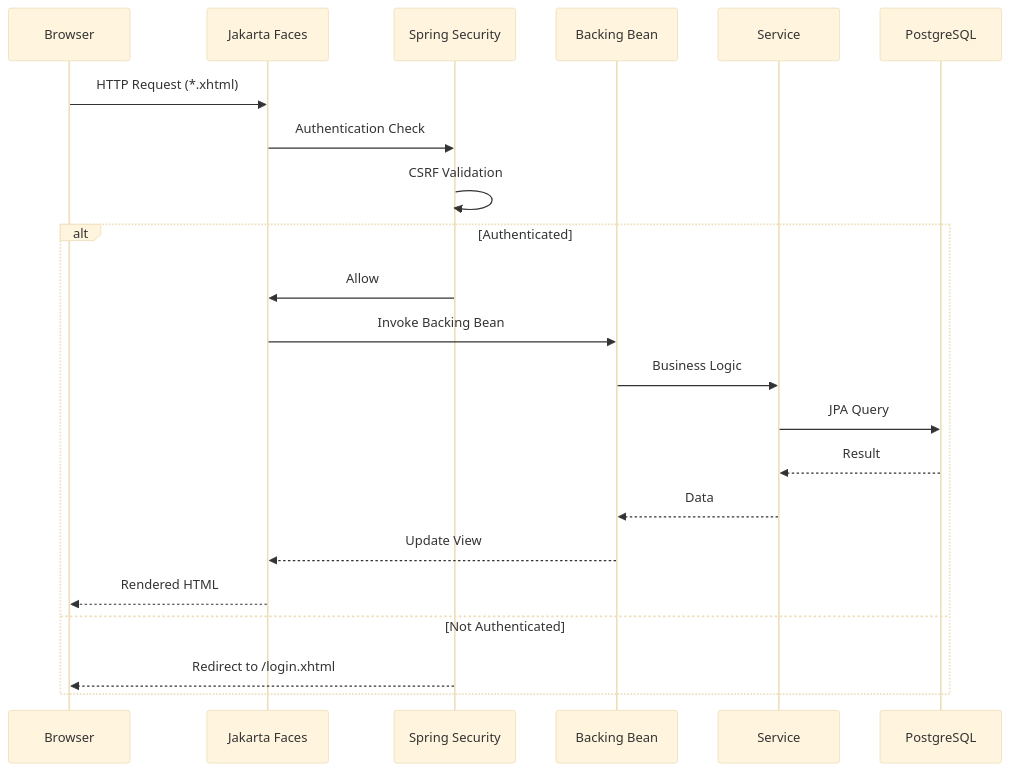
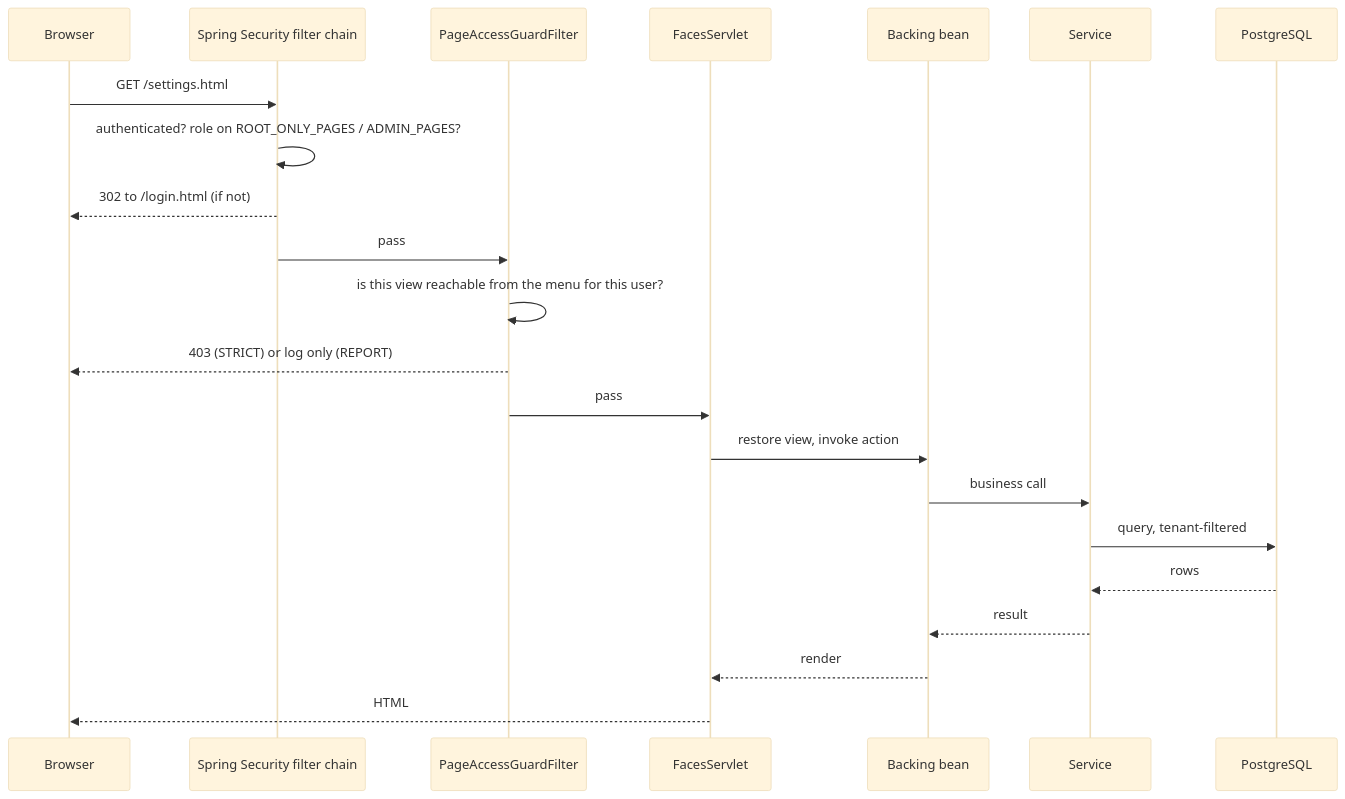
The second of 6 diagrams in docs/ARCHITECTURE.md (Plaintext-Gmbh/plaintext-root), drawn with Mermaid (base theme) before and after one commit. The commit also changed other lines of this file and 636 other files, not shown here.

````diff
--- a/docs/ARCHITECTURE.md
+++ b/docs/ARCHITECTURE.md
@@ -103,26 +79,25 @@
 ```mermaid
 sequenceDiagram
-    participant Browser
-    participant JSF as Jakarta Faces
-    participant Security as Spring Security
-    participant Bean as Backing Bean
-    participant Service
+    participant B as Browser
+    participant F as Spring Security filter chain
+    participant G as PageAccessGuardFilter
+    participant J as FacesServlet
+    participant BB as Backing bean
+    participant S as Service
     participant DB as PostgreSQL
 
-    Browser->>JSF: HTTP Request (*.xhtml)
-    JSF->>Security: Authentication Check
-    Security->>Security: CSRF Validation
-
-    alt Authenticated
-        Security->>JSF: Allow
-        JSF->>Bean: Invoke Backing Bean
-        Bean->>Service: Business Logic
-        Service->>DB: JPA Query
-        DB-->>Service: Result
-        Service-->>Bean: Data
-        Bean-->>JSF: Update View
-        JSF-->>Browser: Rendered HTML
-    else Not Authenticated
-        Security-->>Browser: Redirect to /login.xhtml
-    end
+    B->>F: GET /settings.html
+    F->>F: authenticated? role on ROOT_ONLY_PAGES / ADMIN_PAGES?
+    F-->>B: 302 to /login.html (if not)
+    F->>G: pass
+    G->>G: is this view reachable from the menu for this user?
+    G-->>B: 403 (STRICT) or log only (REPORT)
+    G->>J: pass
+    J->>BB: restore view, invoke action
+    BB->>S: business call
+    S->>DB: query, tenant-filtered
+    DB-->>S: rows
+    S-->>BB: result
+    BB-->>J: render
+    J-->>B: HTML
 ```
````
